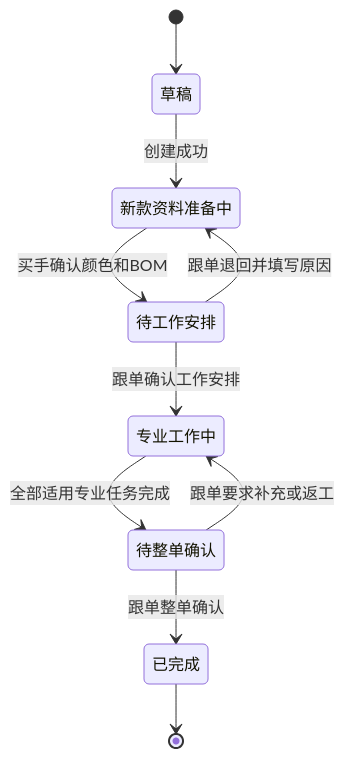
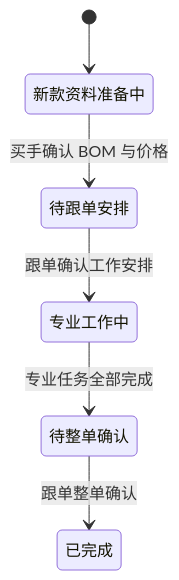
Before and after one commit to laoertongxue/higoods: the second of 3 diagrams in docs/product-design/PCS生产工程管理产品需求说明书.md, drawn with Mermaid. The commit also changed other lines of this file and 156 other files, not shown here.

````diff
--- a/docs/product-design/PCS生产工程管理产品需求说明书.md
+++ b/docs/product-design/PCS生产工程管理产品需求说明书.md
@@ -229,12 +260,8 @@
-```mermaid
+~~~mermaid
 stateDiagram-v2
-    [*] --> 草稿
-    草稿 --> 新款资料准备中: 创建成功
-    新款资料准备中 --> 待工作安排: 买手确认颜色和BOM
-    待工作安排 --> 新款资料准备中: 跟单退回并填写原因
-    待工作安排 --> 专业工作中: 跟单确认工作安排
-    专业工作中 --> 待整单确认: 全部适用专业任务完成
-    待整单确认 --> 专业工作中: 跟单要求补充或返工
-    待整单确认 --> 已完成: 跟单整单确认
-    已完成 --> [*]
-```
+  [*] --> 新款资料准备中
+  新款资料准备中 --> 待跟单安排: 买手确认 BOM 与价格
+  待跟单安排 --> 专业工作中: 跟单确认工作安排
+  专业工作中 --> 待整单确认: 专业任务全部完成
+  待整单确认 --> 已完成: 跟单整单确认
+~~~
````
